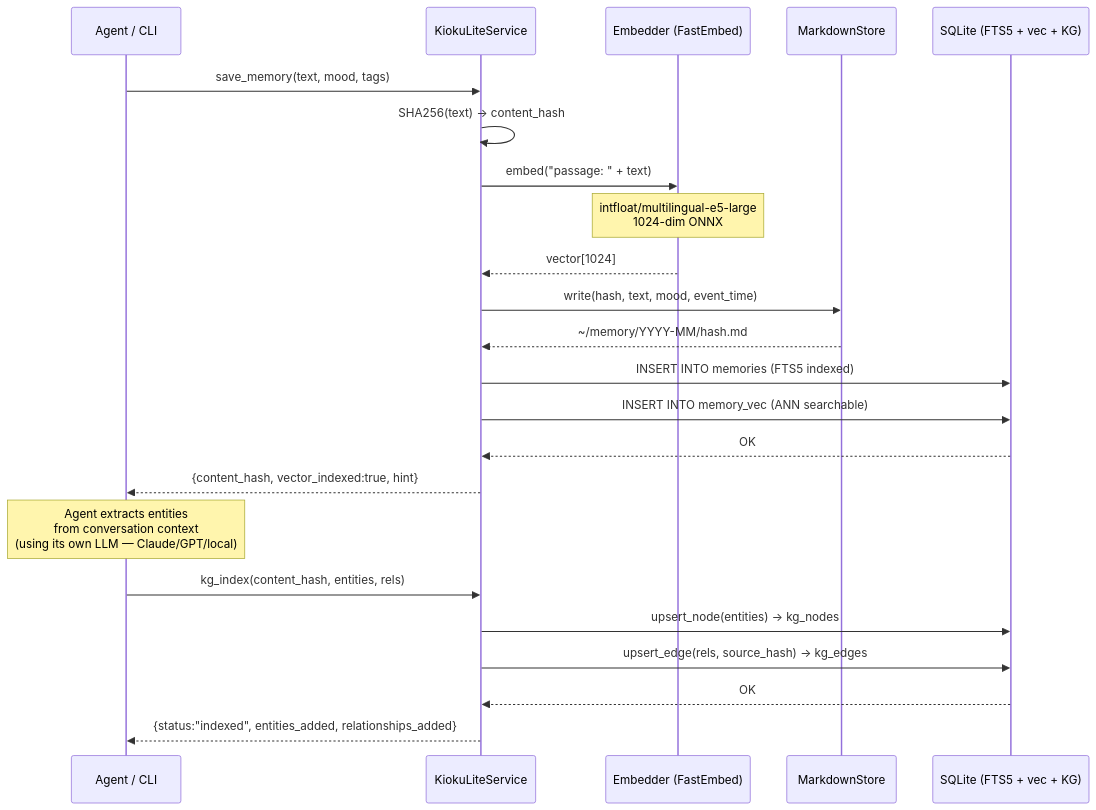
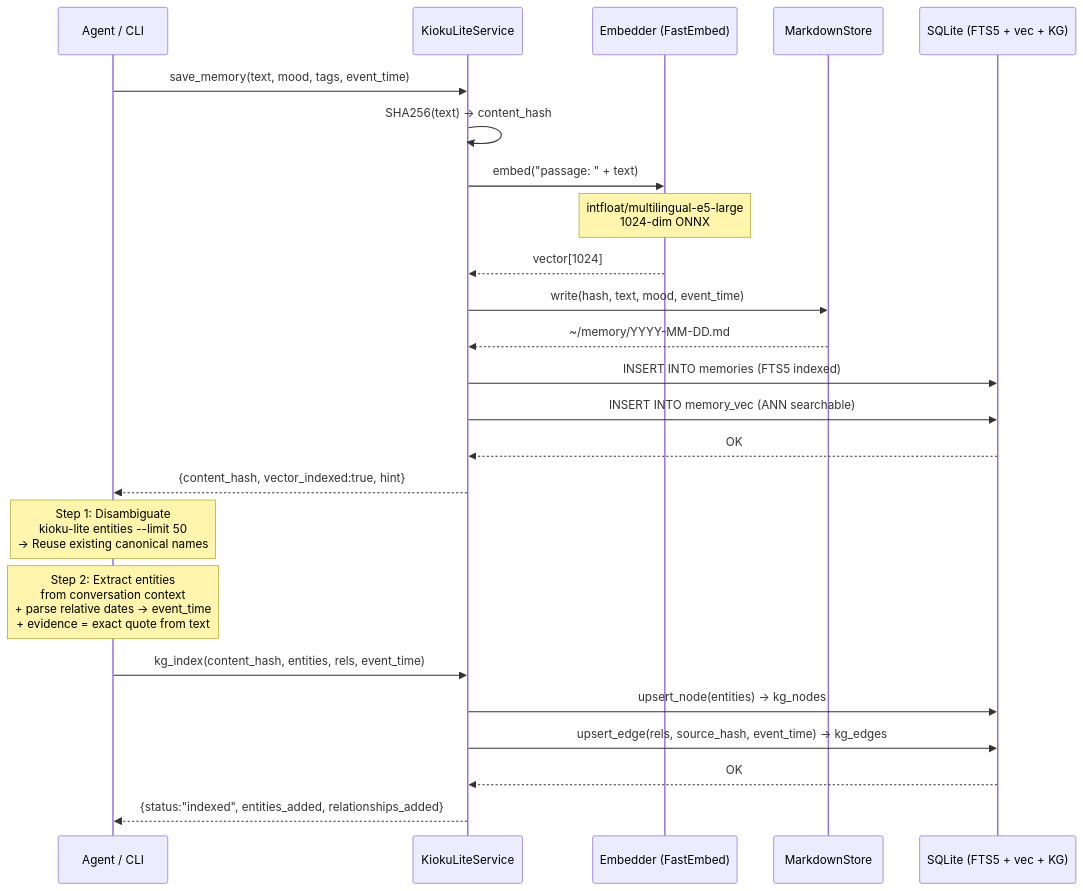
Before and after one commit to chaien0609/kioku-agent-kit-lite: the diagram in docs/architecture/02-write-save-kg-index.md, drawn with Mermaid. The commit also changed other lines of this file and 2 other files, not shown here.

First line of the commit message:
docs: update architecture docs with 3-step kg-index, event_time, disambiguation

````diff
--- a/docs/architecture/02-write-save-kg-index.md
+++ b/docs/architecture/02-write-save-kg-index.md
@@ -53,31 +67,33 @@
 ```mermaid
 sequenceDiagram
     participant A as Agent / CLI
     participant S as KiokuLiteService
     participant E as Embedder (FastEmbed)
     participant MD as MarkdownStore
     participant DB as SQLite (FTS5 + vec + KG)
 
-    A->>S: save_memory(text, mood, tags)
+    A->>S: save_memory(text, mood, tags, event_time)
     S->>S: SHA256(text) → content_hash
     S->>E: embed("passage: " + text)
     Note over E: intfloat/multilingual-e5-large<br/>1024-dim ONNX
     E-->>S: vector[1024]
 
     S->>MD: write(hash, text, mood, event_time)
-    MD-->>S: ~/memory/YYYY-MM/hash.md
+    MD-->>S: ~/memory/YYYY-MM-DD.md
 
     S->>DB: INSERT INTO memories (FTS5 indexed)
     S->>DB: INSERT INTO memory_vec (ANN searchable)
     DB-->>S: OK
 
     S-->>A: {content_hash, vector_indexed:true, hint}
 
-    Note over A: Agent extracts entities<br/>from conversation context<br/>(using its own LLM — Claude/GPT/local)
+    Note over A: Step 1: Disambiguate<br/>kioku-lite entities --limit 50<br/>→ Reuse existing canonical names
 
-    A->>S: kg_index(content_hash, entities, rels)
+    Note over A: Step 2: Extract entities<br/>from conversation context<br/>+ parse relative dates → event_time<br/>+ evidence = exact quote from text
+
+    A->>S: kg_index(content_hash, entities, rels, event_time)
     S->>DB: upsert_node(entities) → kg_nodes
-    S->>DB: upsert_edge(rels, source_hash) → kg_edges
+    S->>DB: upsert_edge(rels, source_hash, event_time) → kg_edges
     DB-->>S: OK
     S-->>A: {status:"indexed", entities_added, relationships_added}
 ```
````
